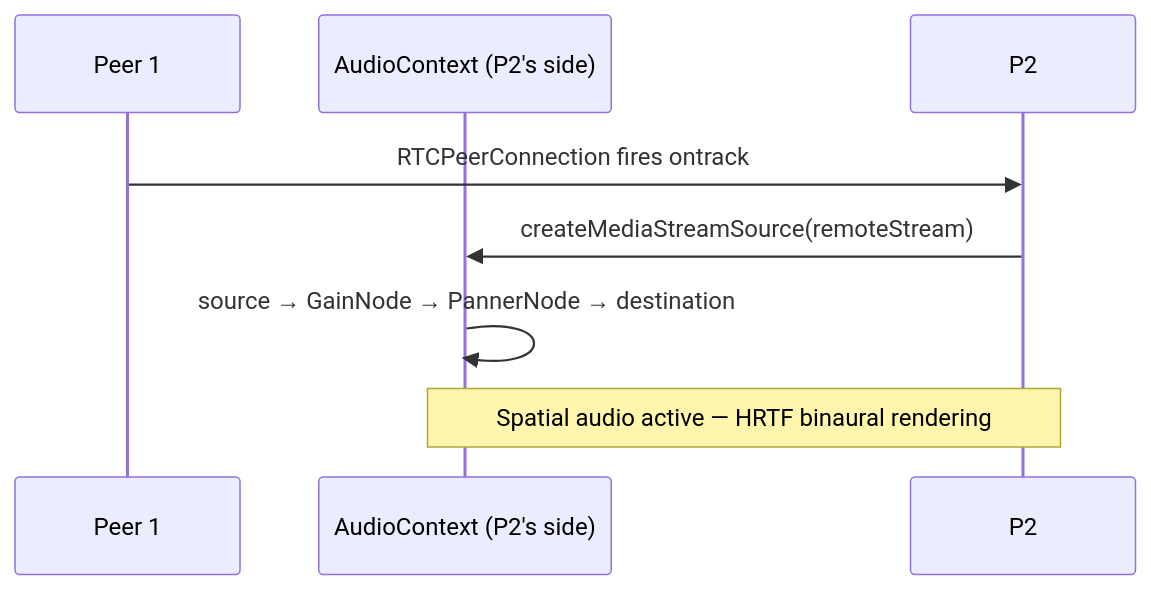
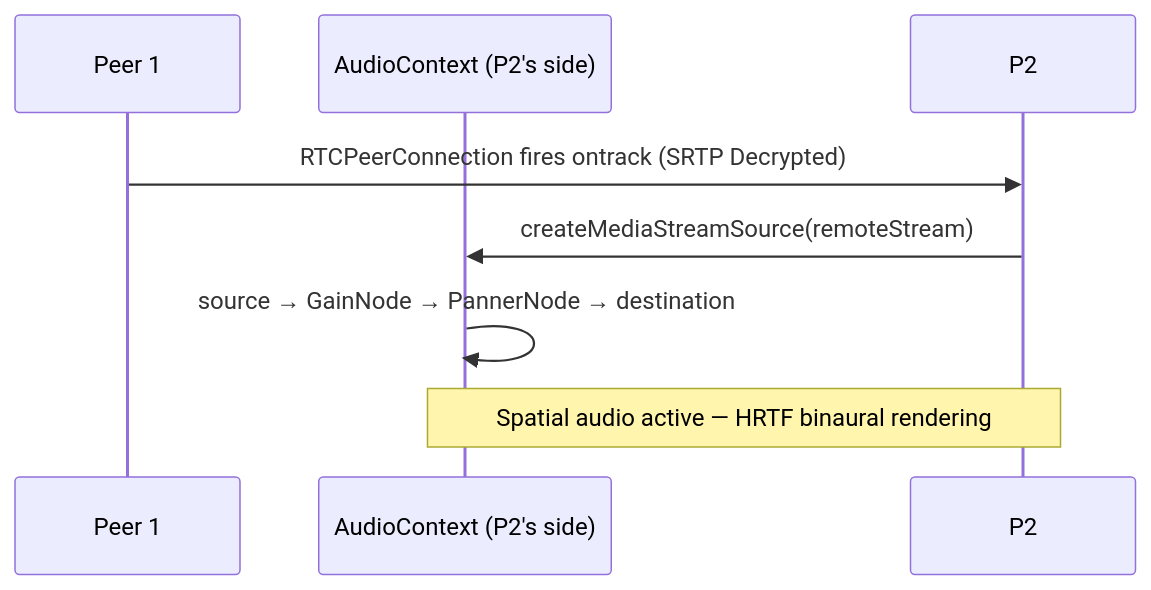
Before and after one commit to SatyamPandey-07/WorkSphere: the fourth of 5 diagrams in docs/WEBRTC_MESH_ARCHITECTURE.md, drawn with Mermaid. The commit also changed other lines of this file, not shown here.

Commit message:
docs: document DTLS handshake flow and SecureTunnel architecture

````diff
--- a/docs/WEBRTC_MESH_ARCHITECTURE.md
+++ b/docs/WEBRTC_MESH_ARCHITECTURE.md
@@ -72,10 +222,10 @@
 ```mermaid
 sequenceDiagram
     participant P1 as Peer 1
     participant AudioCtx as AudioContext (P2's side)
 
-    P1->>P2: RTCPeerConnection fires ontrack
+    P1->>P2: RTCPeerConnection fires ontrack (SRTP Decrypted)
     P2->>AudioCtx: createMediaStreamSource(remoteStream)
     AudioCtx->>AudioCtx: source → GainNode → PannerNode → destination
     Note over P2,AudioCtx: Spatial audio active — HRTF binaural rendering
 ```
````
